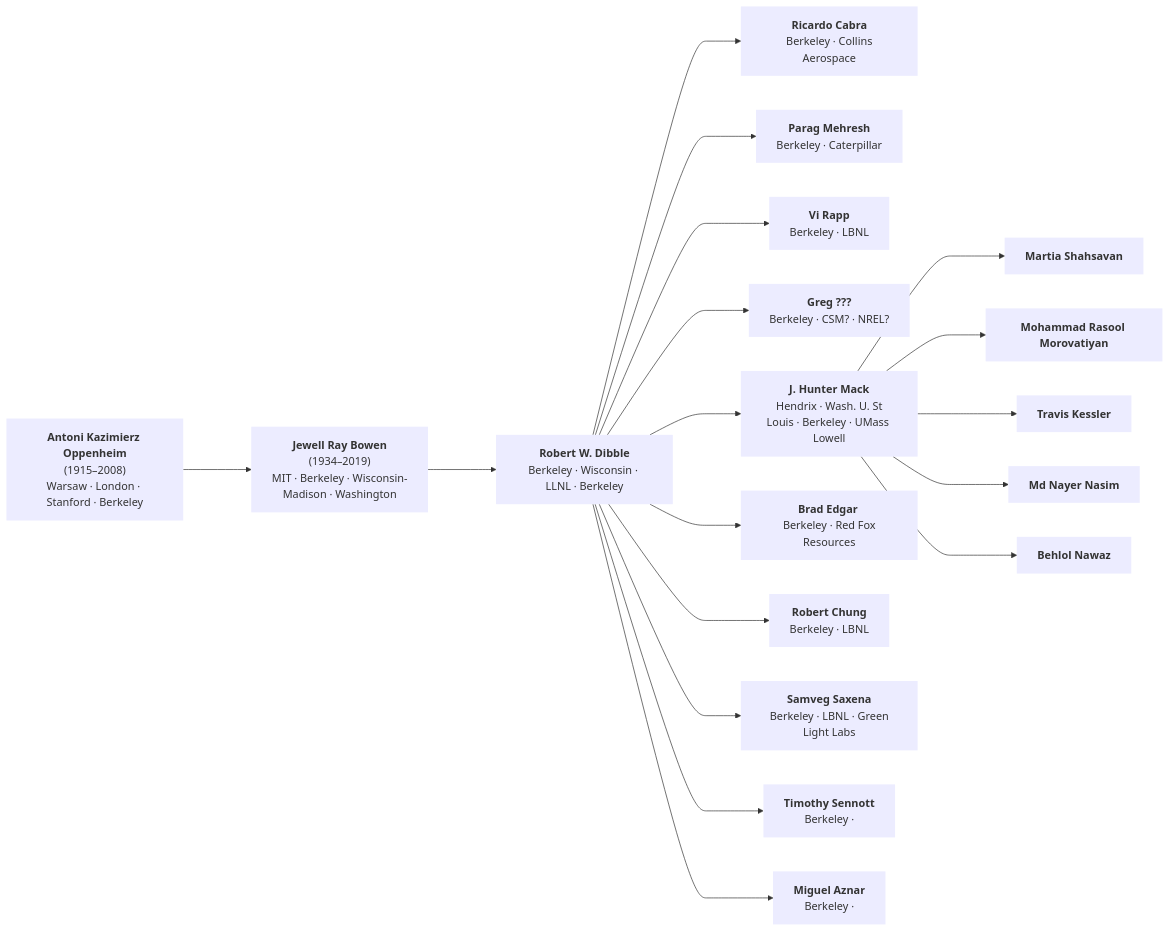
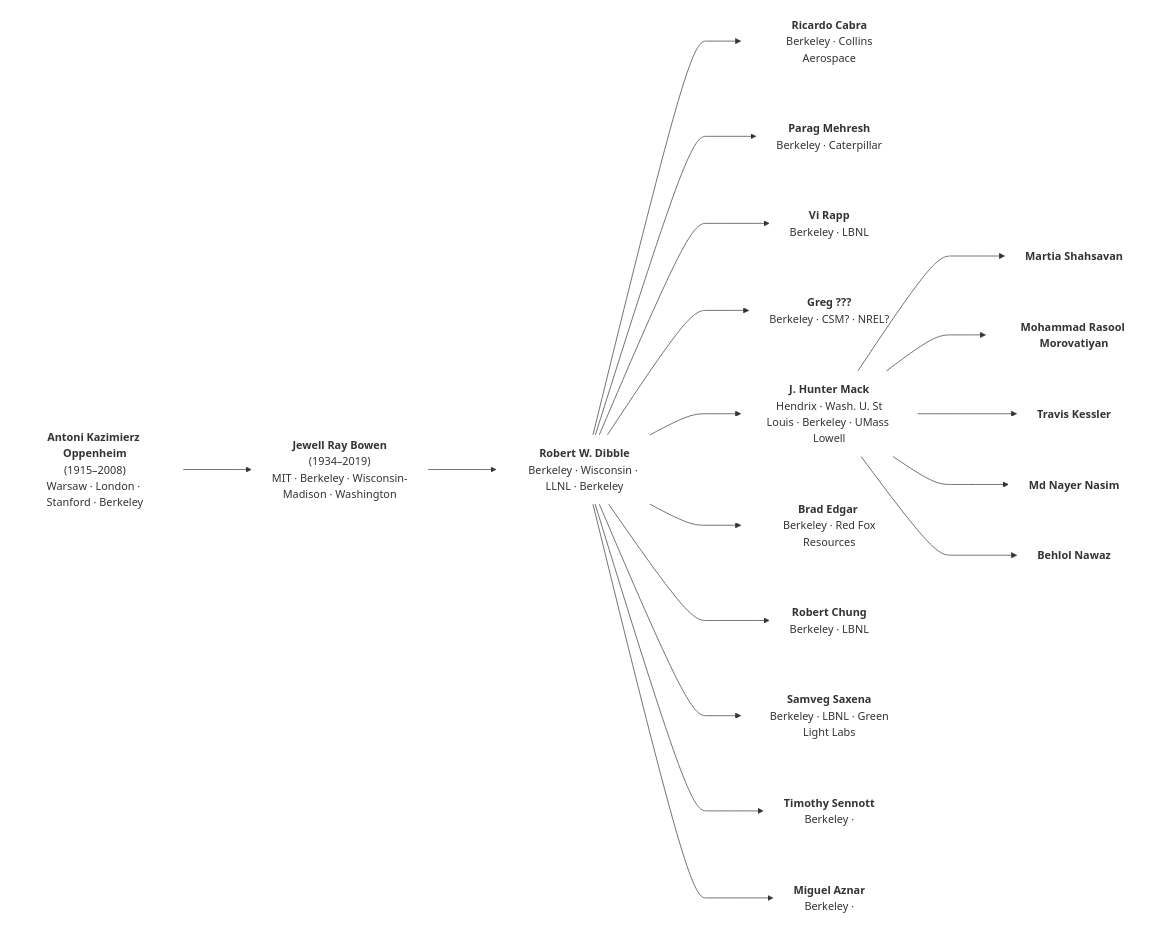
One commit to bnawaz95/ECRL-acad-tree changed the diagram in acad_tree.md. Above: the diagram before and after it, drawn with Mermaid.

````diff
--- a/acad_tree.md
+++ b/acad_tree.md
@@ -1,48 +1,48 @@
 ```mermaid
 graph LR
     A["<b>Antoni Kazimierz Oppenheim</b><br/>(1915–2008)<br/>Warsaw · London · Stanford · Berkeley"]
 
     B["<b>Jewell Ray Bowen</b><br/>(1934–2019)<br/>MIT · Berkeley · Wisconsin-Madison · Washington"]
 
     C["<b>Robert W. Dibble</b><br/>Berkeley · Wisconsin · LLNL · Berkeley"]
 
     D1["<b>Ricardo Cabra</b><br/> Berkeley · Collins Aerospace"]
     D2["<b>Parag Mehresh</b><br/> Berkeley · Caterpillar"]
     D3["<b>Vi Rapp</b><br/> Berkeley · LBNL"]
     D4["<b>Greg ???</b><br/> Berkeley · CSM? · NREL?"]
     D0["<b>J. Hunter Mack</b><br/> Hendrix · Wash. U. St Louis · Berkeley · UMass Lowell"]
     D5["<b>Brad Edgar </b><br/> Berkeley · Red Fox Resources"]
     D6["<b>Robert Chung</b><br/> Berkeley · LBNL"]
     D7["<b>Samveg Saxena</b><br/> Berkeley · LBNL · Green Light Labs"]
     D8["<b>Timothy Sennott</b><br/> Berkeley · "]
     D9["<b>Miguel Aznar</b><br/> Berkeley · "]
 
     E["<b>Martia Shahsavan</b>"]
     F["<b>Mohammad Rasool Morovatiyan</b>"]
     G["<b>Travis Kessler</b>"]
     H["<b>Md Nayer Nasim</b>"]
     I["<b>Behlol Nawaz</b>"]
 
     A ---> B
     B ---> C
 
     C ---> D0
     C ---> D1
     C ---> D2
     C ---> D3
     C ---> D4
     C ---> D5
     C ---> D6
     C ---> D7
     C ---> D8
     C ---> D9
 
     D0 ---> E
     D0 ---> F
     D0 ---> G
     D0 ---> H
     D0 ---> I
 
-classDef noBorder stroke:none,stroke-width:0px;
+classDef noBorder stroke:none,stroke-width:0px,fill:None;
 class A,B,C,D0,D1,D2,D3,D4,D5,D6,D6,D7,D8,D9,E,F,G,H,I, noBorder
 ```
````
